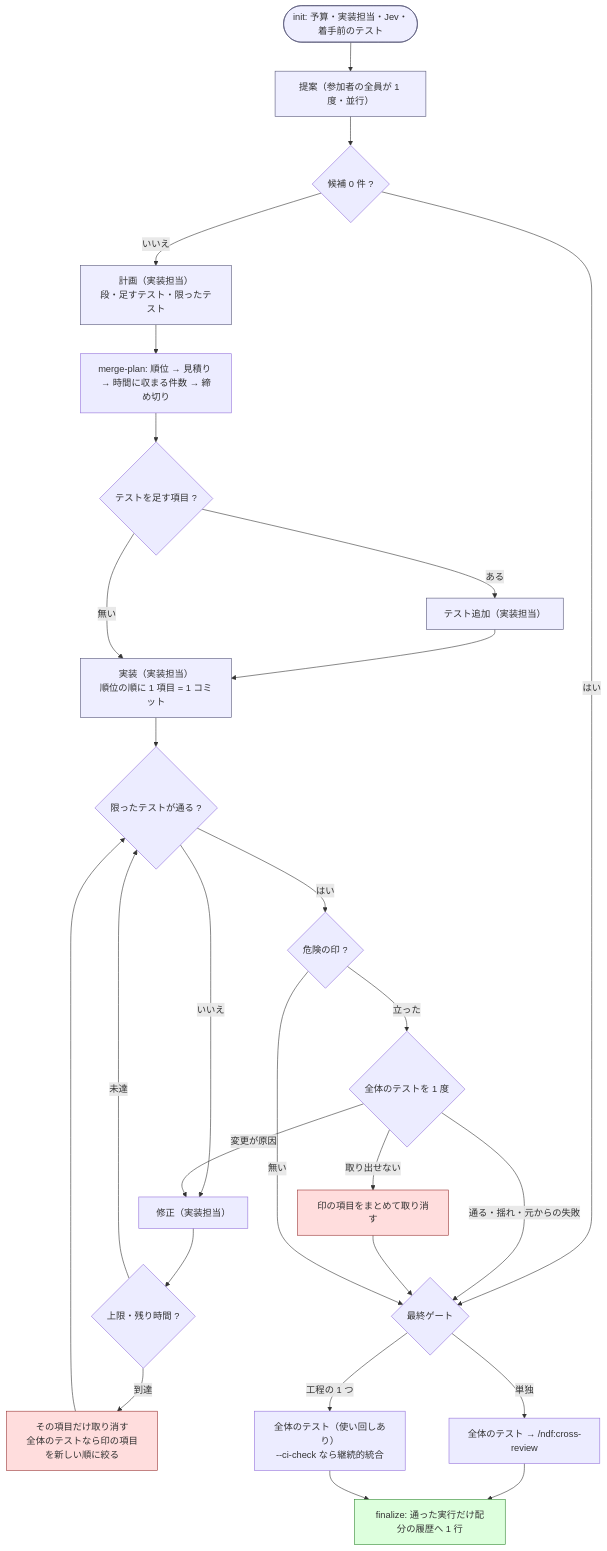
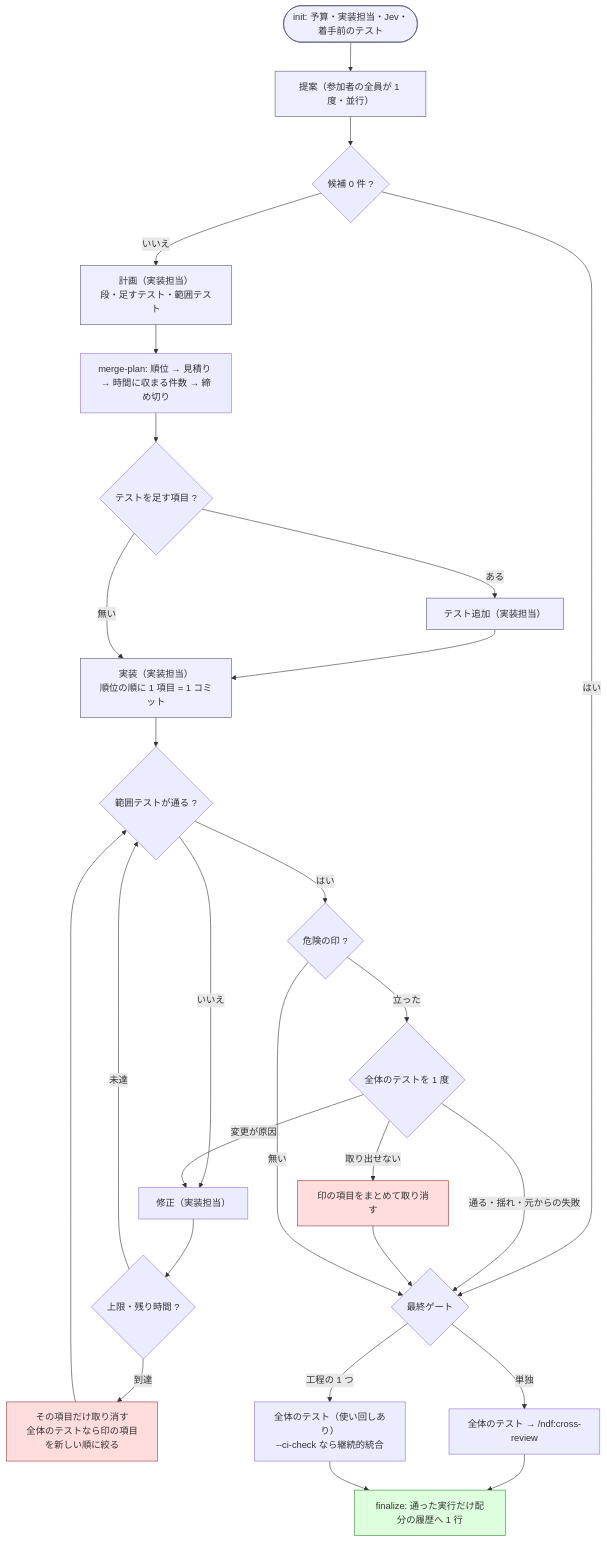
Before and after one commit to devbasex/ai-plugins: the diagram in plugins/ndf/skills/cross-refactoring/SKILL.md, drawn with Mermaid. The commit also changed other lines of this file and 39 other files, not shown here.

````diff
--- a/plugins/ndf/skills/cross-refactoring/SKILL.md
+++ b/plugins/ndf/skills/cross-refactoring/SKILL.md
@@ -122,29 +122,29 @@
 ```mermaid
 flowchart TD
     Init([init: 予算・実装担当・Jev・着手前のテスト]):::phase --> P
     P["提案（参加者の全員が 1 度・並行）"]:::phase --> MP{"候補 0 件 ?"}
     MP -->|はい| Gate
-    MP -->|いいえ| Plan["計画（実装担当）<br/>段・足すテスト・限ったテスト"]:::phase
+    MP -->|いいえ| Plan["計画（実装担当）<br/>段・足すテスト・範囲テスト"]:::phase
     Plan --> Sel["merge-plan: 順位 → 見積り → 時間に収まる件数 → 締め切り"]
     Sel --> T{"テストを足す項目 ?"}
     T -->|ある| AT["テスト追加（実装担当）"]:::phase --> Impl
     T -->|無い| Impl["実装（実装担当）<br/>順位の順に 1 項目 = 1 コミット"]:::phase
-    Impl --> V{"限ったテストが通る ?"}
+    Impl --> V{"範囲テストが通る ?"}
     V -->|いいえ| Fix["修正（実装担当）"] --> Cap{"上限・残り時間 ?"}
     Cap -->|未達| V
     Cap -->|到達| Drop["その項目だけ取り消す<br/>全体のテストなら印の項目を新しい順に絞る"]:::stop --> V
     V -->|はい| D{"危険の印 ?"}
     D -->|立った| W{"全体のテストを 1 度"}
     W -->|通る・揺れ・元からの失敗| Gate
     W -->|変更が原因| Fix
     W -->|取り出せない| DropAll["印の項目をまとめて取り消す"]:::stop --> Gate
     D -->|無い| Gate{"最終ゲート"}
     Gate -->|単独| CR["全体のテスト → /ndf:cross-review"]
     Gate -->|工程の 1 つ| Whole["全体のテスト（使い回しあり）<br/>--ci-check なら継続的統合"]
     CR --> Fin["finalize: 通った実行だけ配分の履歴へ 1 行"]:::ok
     Whole --> Fin
 
     classDef phase fill:#eef,stroke:#557
     classDef ok fill:#dfd,stroke:#383
     classDef stop fill:#fdd,stroke:#933
 ```
````
